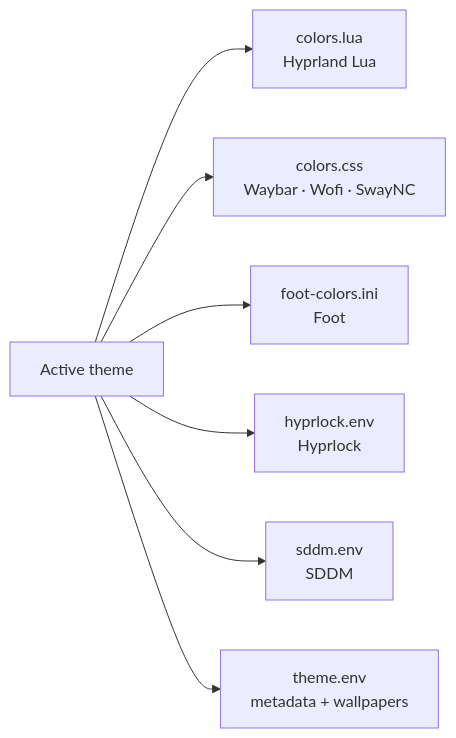
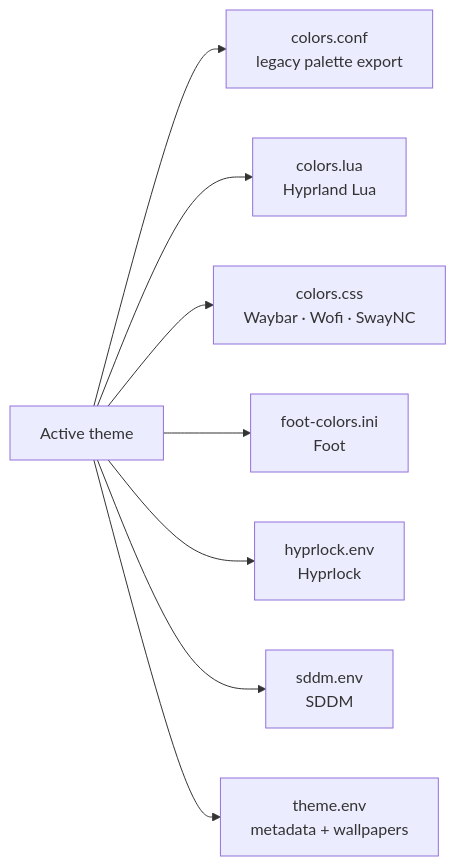
The second of 6 diagrams in docs/architecture.md (jcpina83/jc-hyprland-dotfiles), drawn with Mermaid before and after one commit. The commit also changed other lines of this file and 1 other file, not shown here.

Commit message:
docs(roadmap): define path to v1.0.0

````diff
--- a/docs/architecture.md
+++ b/docs/architecture.md
@@ -329,17 +298,19 @@
 ```mermaid
 flowchart LR
     T["Active theme"]
-    L["colors.lua<br/>Hyprland Lua"]
-    CSS["colors.css<br/>Waybar · Wofi · SwayNC"]
-    F["foot-colors.ini<br/>Foot"]
-    H["hyprlock.env<br/>Hyprlock"]
-    S["sddm.env<br/>SDDM"]
-    E["theme.env<br/>metadata + wallpapers"]
+    C1["colors.conf<br/>legacy palette export"]
+    C2["colors.lua<br/>Hyprland Lua"]
+    C3["colors.css<br/>Waybar · Wofi · SwayNC"]
+    C4["foot-colors.ini<br/>Foot"]
+    C5["hyprlock.env<br/>Hyprlock"]
+    C6["sddm.env<br/>SDDM"]
+    C7["theme.env<br/>metadata + wallpapers"]
 
-    T --> L
-    T --> CSS
-    T --> F
-    T --> H
-    T --> S
-    T --> E
+    T --> C1
+    T --> C2
+    T --> C3
+    T --> C4
+    T --> C5
+    T --> C6
+    T --> C7
 ```
````
